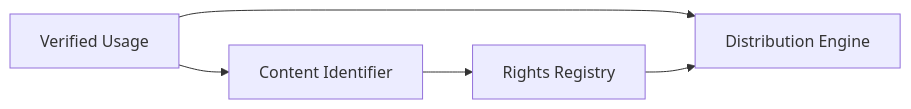
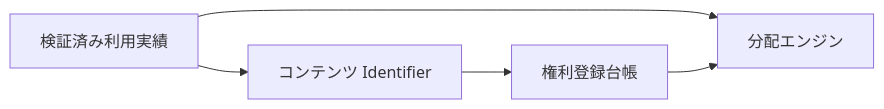
One commit to ShigeichiroYamasaki/creator-first-platform changed the third of 4 diagrams in docs/adr/ADR-0005-usage-oracle.md. Above: the diagram before and after it, drawn with Mermaid. The commit also changed other lines of this file and 72 other files, not shown here.

````diff
--- a/docs/adr/ADR-0005-usage-oracle.md
+++ b/docs/adr/ADR-0005-usage-oracle.md
@@ -658,12 +658,12 @@
 ```mermaid
 flowchart LR
-    USAGE[Verified Usage]
-    CONTENT[Content Identifier]
-    RIGHTS[Rights Registry]
-    DIST[Distribution Engine]
+    USAGE[検証済み利用実績]
+    CONTENT[コンテンツ Identifier]
+    RIGHTS[権利登録台帳]
+    DIST[分配エンジン]
 
     USAGE --> CONTENT
     CONTENT --> RIGHTS
     USAGE --> DIST
     RIGHTS --> DIST
 ```
````
